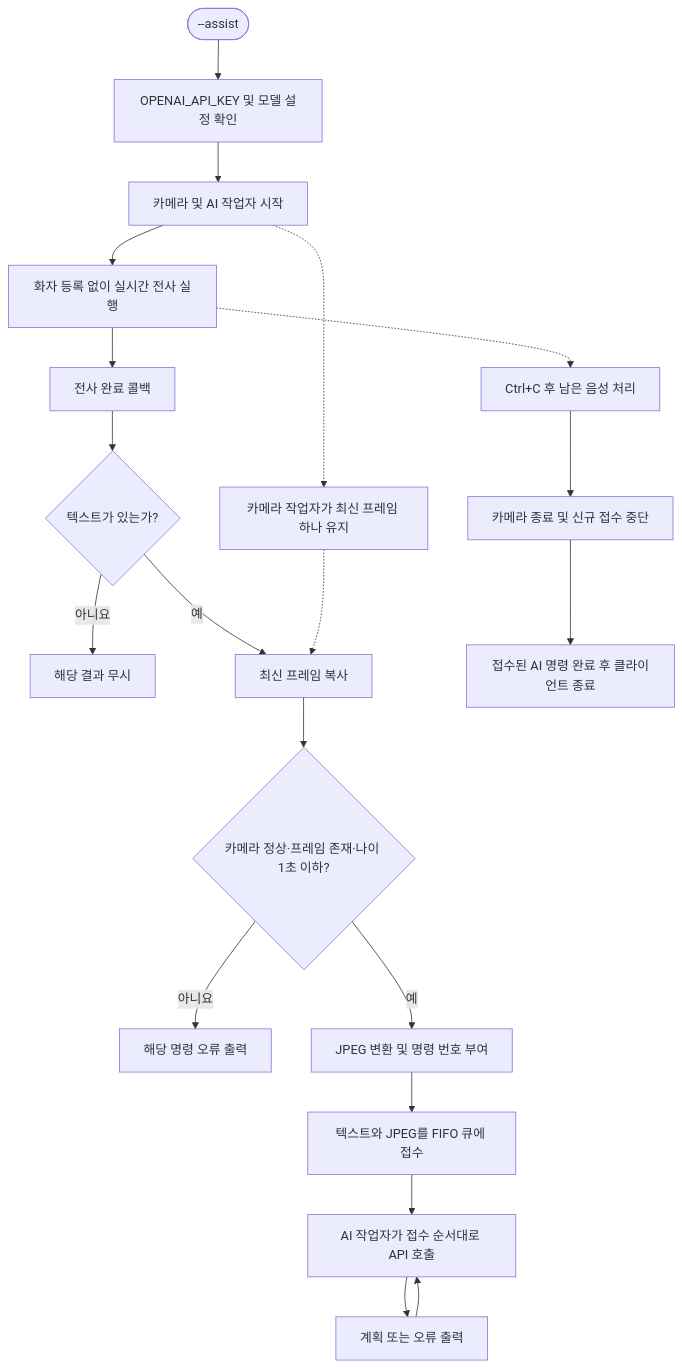
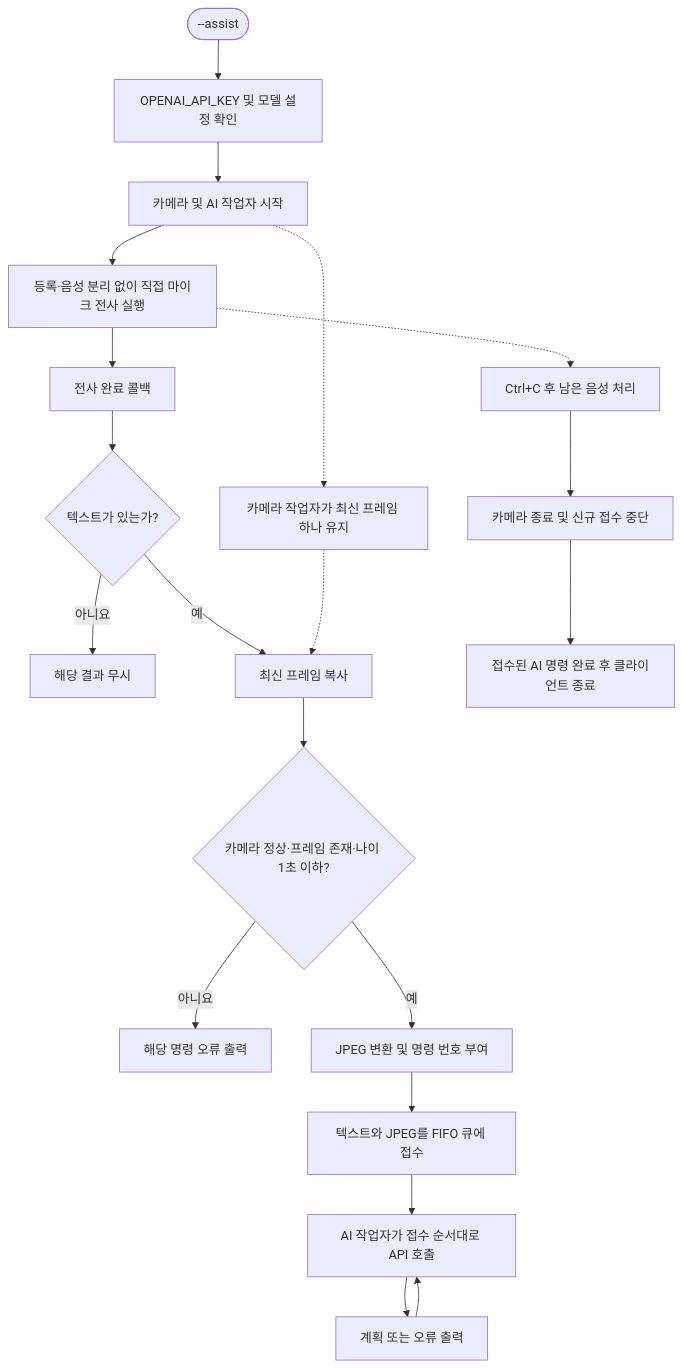
The third of 6 diagrams in FLOWCHART.md (pyhearts/ROBOTPAL), drawn with Mermaid before and after one commit. The commit also changed other lines of this file and 35 other files, not shown here.

````diff
--- a/FLOWCHART.md
+++ b/FLOWCHART.md
@@ -55,22 +57,22 @@
 ```mermaid
 flowchart TD
     A([--assist]) --> B[OPENAI_API_KEY 및 모델 설정 확인]
     B --> C[카메라 및 AI 작업자 시작]
-    C --> D[화자 등록 없이 실시간 전사 실행]
+    C --> D[등록·음성 분리 없이 직접 마이크 전사 실행]
     C -.-> CAM[카메라 작업자가 최신 프레임 하나 유지]
     D --> E[전사 완료 콜백]
     E --> F{텍스트가 있는가?}
     F -->|아니요| END[해당 결과 무시]
     F -->|예| G[최신 프레임 복사]
     CAM -.-> G
     G --> H{카메라 정상·프레임 존재·나이 1초 이하?}
     H -->|아니요| ERR[해당 명령 오류 출력]
     H -->|예| I[JPEG 변환 및 명령 번호 부여]
     I --> J[텍스트와 JPEG를 FIFO 큐에 접수]
     J --> K[AI 작업자가 접수 순서대로 API 호출]
     K --> L[계획 또는 오류 출력]
     L --> K
     D -.-> STOP[Ctrl+C 후 남은 음성 처리]
     STOP --> CLOSE[카메라 종료 및 신규 접수 중단]
     CLOSE --> DRAIN[접수된 AI 명령 완료 후 클라이언트 종료]
 ```
````
